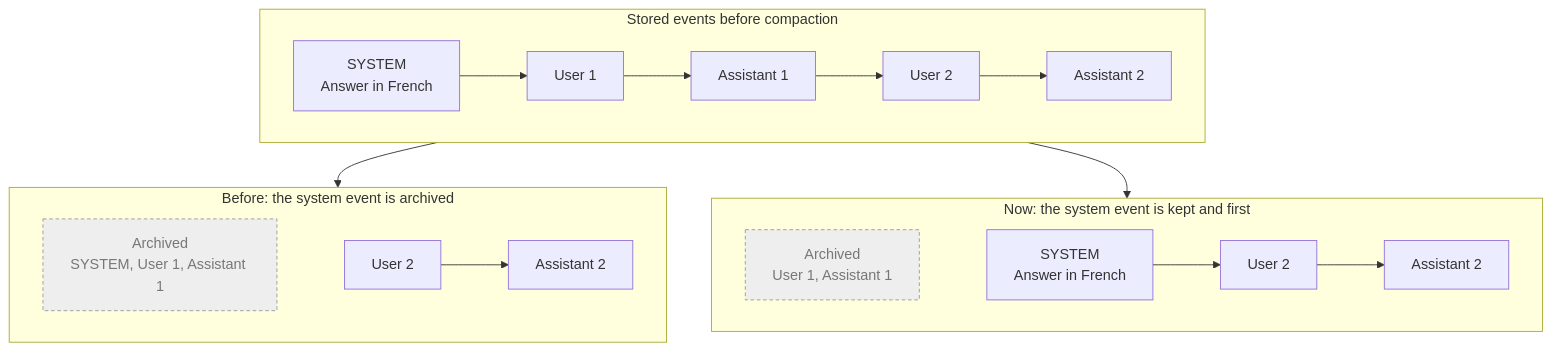
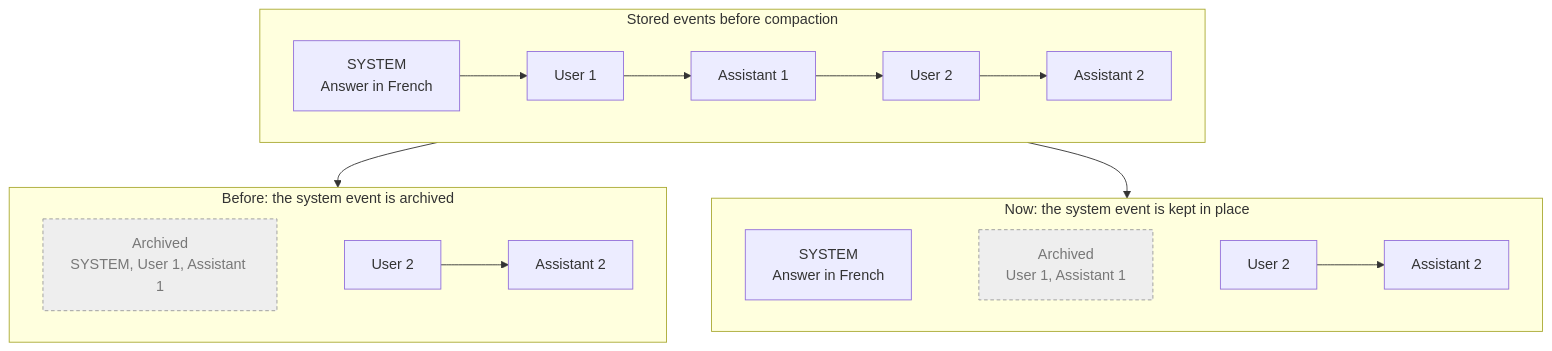
The third of 3 diagrams in design/reports/system-messages-comparison.md (andotorg/spring-ai-session), drawn with Mermaid before and after one commit. The commit also changed other lines of this file and 1 other file, not shown here.

````diff
--- a/design/reports/system-messages-comparison.md
+++ b/design/reports/system-messages-comparison.md
@@ -493,18 +496,18 @@
 ```mermaid
 flowchart TB
     subgraph before["Stored events before compaction"]
         direction LR
         s1["SYSTEM<br/>Answer in French"] --> u1["User 1"] --> a1["Assistant 1"] --> u2["User 2"] --> a2["Assistant 2"]
     end
     subgraph today["Before: the system event is archived"]
         direction LR
         ta["Archived<br/>SYSTEM, User 1, Assistant 1"]:::archived ~~~ t3["User 2"] --> t4["Assistant 2"]
     end
-    subgraph proposed["Now: the system event is kept and first"]
+    subgraph proposed["Now: the system event is kept in place"]
         direction LR
-        pa["Archived<br/>User 1, Assistant 1"]:::archived ~~~ p0["SYSTEM<br/>Answer in French"] --> p3["User 2"] --> p4["Assistant 2"]
+        p0["SYSTEM<br/>Answer in French"] ~~~ pa["Archived<br/>User 1, Assistant 1"]:::archived ~~~ p3["User 2"] --> p4["Assistant 2"]
     end
     before --> today
     before --> proposed
     classDef archived fill:#eeeeee,stroke:#999999,stroke-dasharray: 4 3,color:#777777
 ```
````
